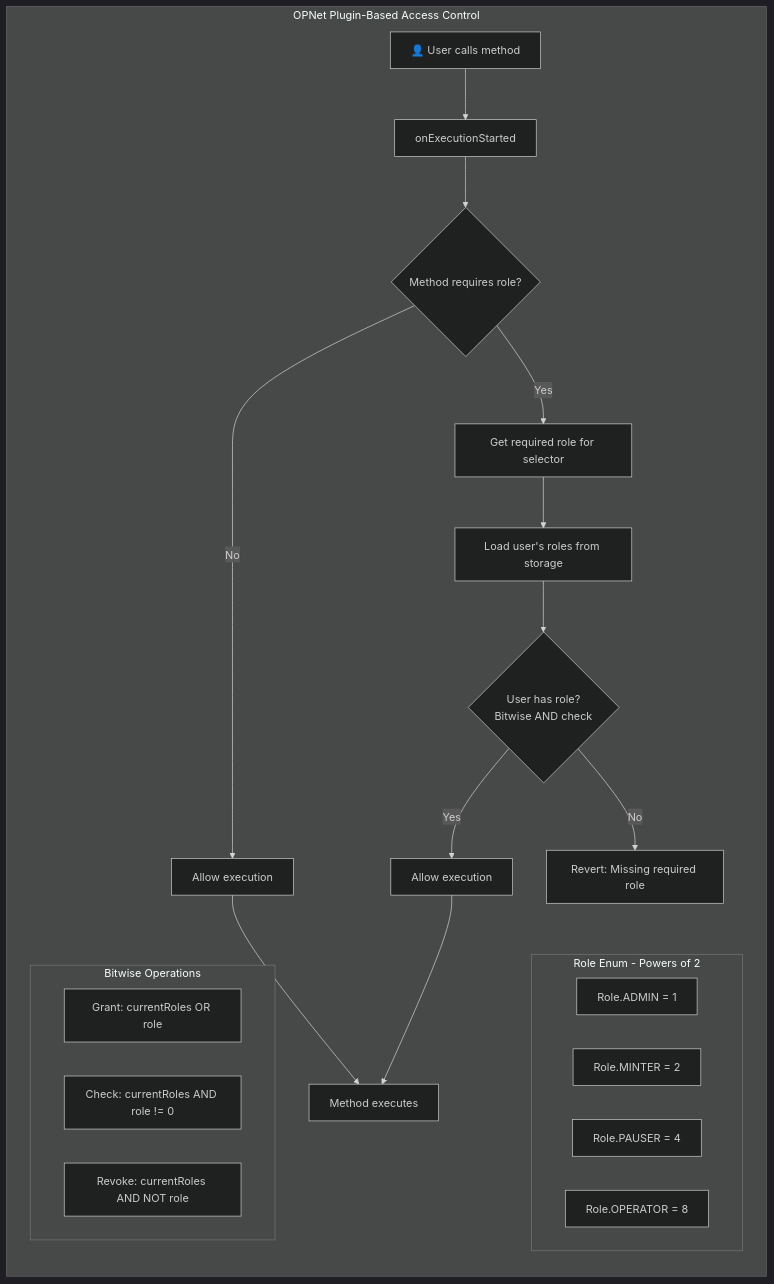
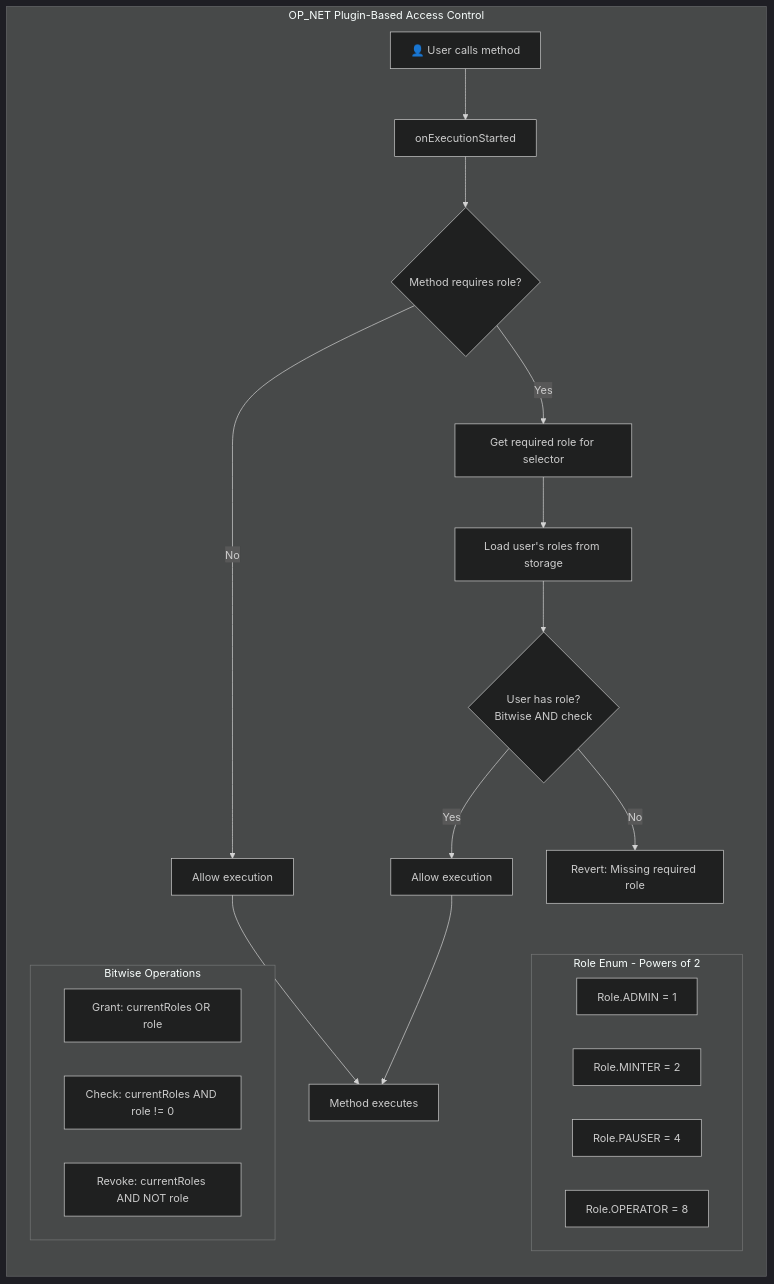
One commit to btc-vision/btc-runtime changed the third of 4 diagrams in docs/advanced/plugins.md. Above: the diagram before and after it, drawn with Mermaid. The commit also changed other lines of this file and 46 other files, not shown here.

Commit message:
Change OPNet to OP_NET

````diff
--- a/docs/advanced/plugins.md
+++ b/docs/advanced/plugins.md
@@ -253,36 +253,36 @@
 ```mermaid
 ---
 config:
   theme: dark
 ---
 flowchart LR
-    subgraph OPNet["OPNet Plugin-Based Access Control"]
+    subgraph OP_NET["OP_NET Plugin-Based Access Control"]
         A["👤 User calls method"] --> B["onExecutionStarted"]
         B --> C{"Method requires role?"}
 
         C -->|"No"| D["Allow execution"]
 
         C -->|"Yes"| E["Get required role for selector"]
         E --> F["Load user's roles from storage"]
         F --> G{"User has role?<br/>Bitwise AND check"}
 
         G -->|"Yes"| H["Allow execution"]
         G -->|"No"| I["Revert: Missing required role"]
 
         D --> J["Method executes"]
         H --> J
 
         subgraph RoleBits["Role Enum - Powers of 2"]
             R1["Role.ADMIN = 1"]
             R2["Role.MINTER = 2"]
             R3["Role.PAUSER = 4"]
             R4["Role.OPERATOR = 8"]
         end
 
         subgraph BitwiseOps["Bitwise Operations"]
             B1["Grant: currentRoles OR role"]
             B2["Check: currentRoles AND role != 0"]
             B3["Revoke: currentRoles AND NOT role"]
         end
     end
 ```
````
